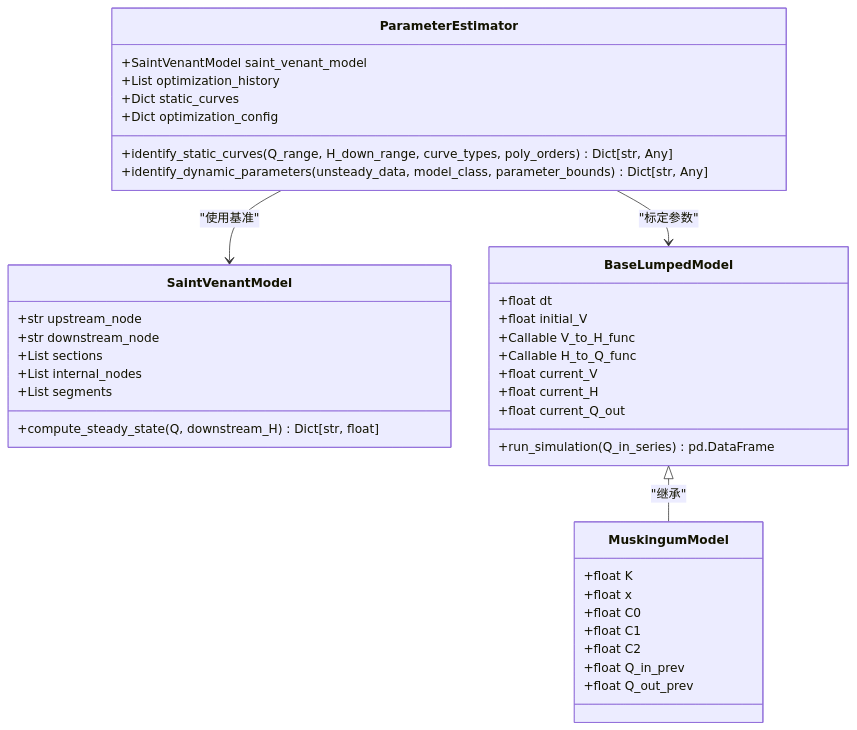
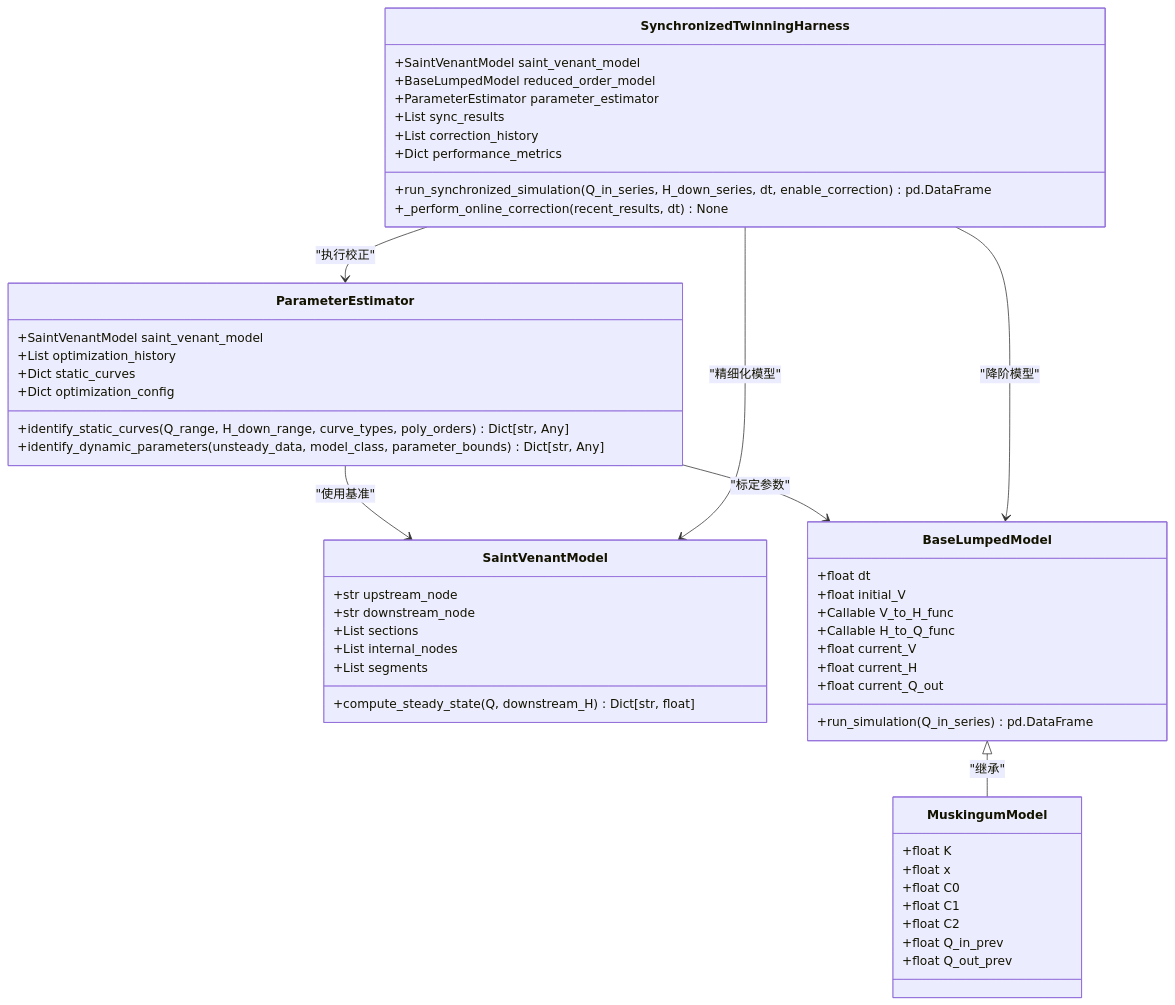
The first of 5 diagrams in .qoder/repowiki/zh/content/参数估计/参数估计.md (leixiaohui-1974/WaterNet), drawn with Mermaid before and after one commit. The commit also changed other lines of this file and 52 other files, not shown here.

````diff
--- a/.qoder/repowiki/zh/content/参数估计/参数估计.md
+++ b/.qoder/repowiki/zh/content/参数估计/参数估计.md
@@ -34,41 +43,54 @@
 ```mermaid
 classDiagram
 class ParameterEstimator {
 +SaintVenantModel saint_venant_model
 +List optimization_history
 +Dict static_curves
 +Dict optimization_config
 +identify_static_curves(Q_range, H_down_range, curve_types, poly_orders) Dict[str, Any]
 +identify_dynamic_parameters(unsteady_data, model_class, parameter_bounds) Dict[str, Any]
 }
 class SaintVenantModel {
 +str upstream_node
 +str downstream_node
 +List sections
 +List internal_nodes
 +List segments
 +compute_steady_state(Q, downstream_H) Dict[str, float]
 }
 class BaseLumpedModel {
 +float dt
 +float initial_V
 +Callable V_to_H_func
 +Callable H_to_Q_func
 +float current_V
 +float current_H
 +float current_Q_out
 +run_simulation(Q_in_series) pd.DataFrame
 }
 class MuskingumModel {
 +float K
 +float x
 +float C0
 +float C1
 +float C2
 +float Q_in_prev
 +float Q_out_prev
 }
+class SynchronizedTwinningHarness {
++SaintVenantModel saint_venant_model
++BaseLumpedModel reduced_order_model
++ParameterEstimator parameter_estimator
++List sync_results
++List correction_history
++Dict performance_metrics
++run_synchronized_simulation(Q_in_series, H_down_series, dt, enable_correction) pd.DataFrame
++_perform_online_correction(recent_results, dt) None
+}
 ParameterEstimator --> SaintVenantModel : "使用基准"
 ParameterEstimator --> BaseLumpedModel : "标定参数"
 BaseLumpedModel <|-- MuskingumModel : "继承"
+SynchronizedTwinningHarness --> SaintVenantModel : "精细化模型"
+SynchronizedTwinningHarness --> BaseLumpedModel : "降阶模型"
+SynchronizedTwinningHarness --> ParameterEstimator : "执行校正"
 ```
````
